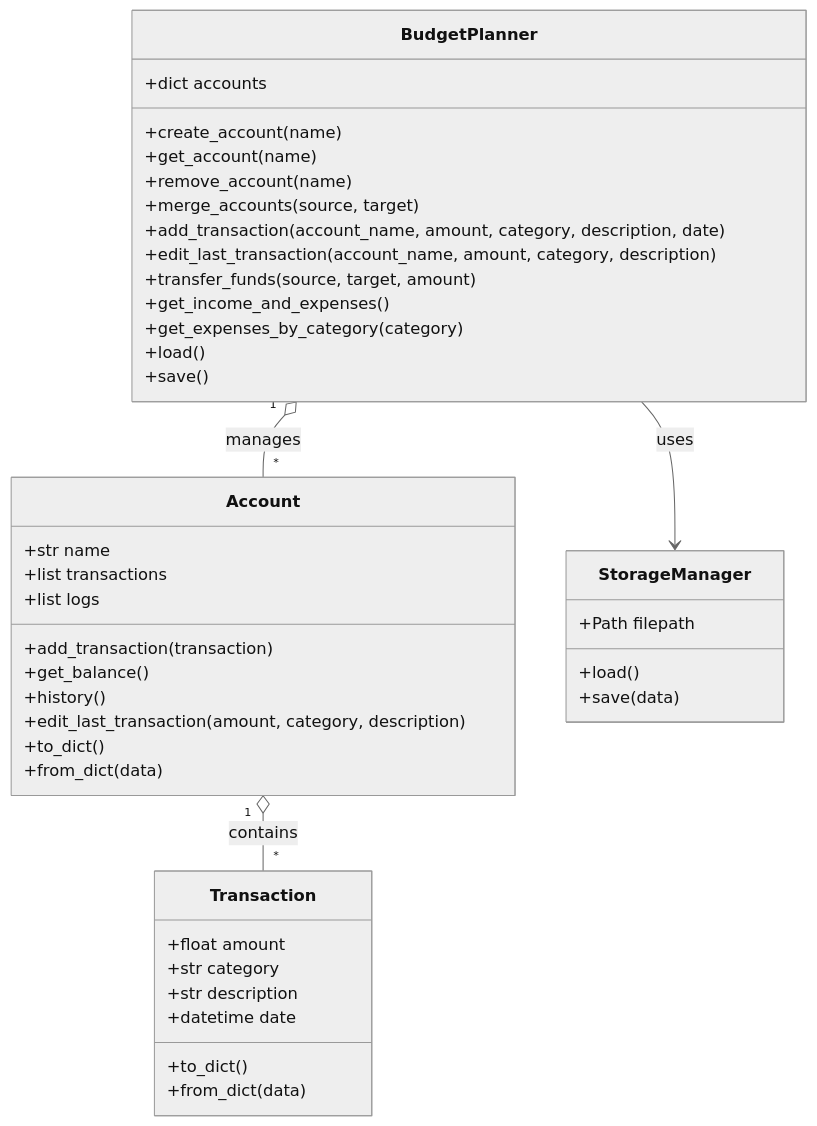
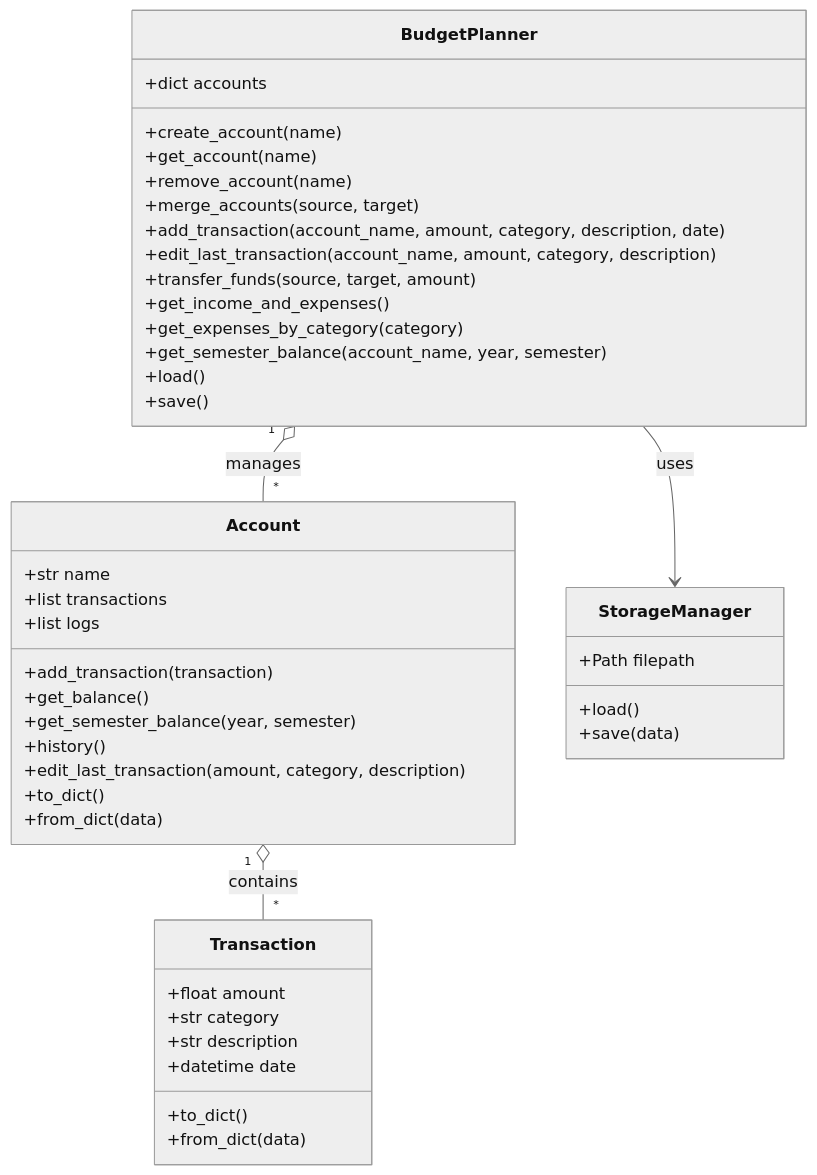
One commit to CLMartello/budget_planner changed the diagram in README.md. Above: the diagram before and after it, drawn with Mermaid (neutral theme). The commit also changed 7 other files, not shown here.

Commit message:
feat(reporting): add semester balance calculation

````diff
--- a/README.md
+++ b/README.md
@@ -30,48 +30,50 @@
 ```mermaid
 classDiagram
     class BudgetPlanner {
         +dict accounts
         +create_account(name)
         +get_account(name)
         +remove_account(name)
         +merge_accounts(source, target)
         +add_transaction(account_name, amount, category, description, date)
         +edit_last_transaction(account_name, amount, category, description)
         +transfer_funds(source, target, amount)
         +get_income_and_expenses()
         +get_expenses_by_category(category)
+        +get_semester_balance(account_name, year, semester)
         +load()
         +save()
     }
 
     class Account {
         +str name
         +list transactions
         +list logs
         +add_transaction(transaction)
         +get_balance()
+        +get_semester_balance(year, semester)
         +history()
         +edit_last_transaction(amount, category, description)
         +to_dict()
         +from_dict(data)
     }
 
     class Transaction {
         +float amount
         +str category
         +str description
         +datetime date
         +to_dict()
         +from_dict(data)
     }
 
     class StorageManager {
         +Path filepath
         +load()
         +save(data)
     }
 
     BudgetPlanner "1" o-- "*" Account : manages
     Account "1" o-- "*" Transaction : contains
     BudgetPlanner --> StorageManager : uses
 ```
````
